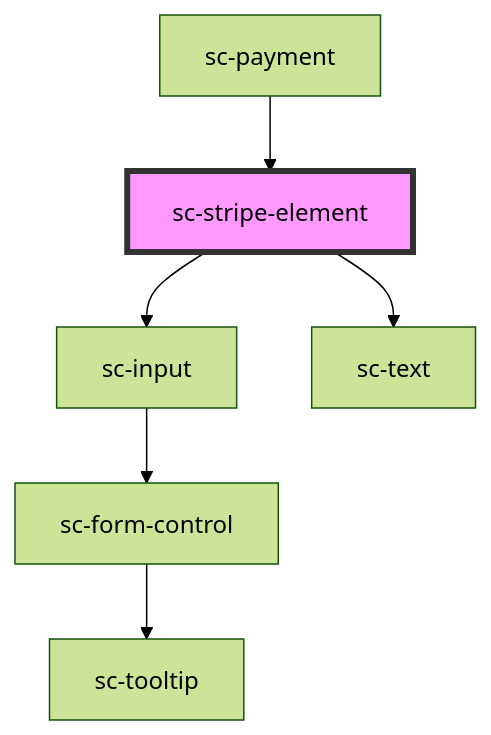
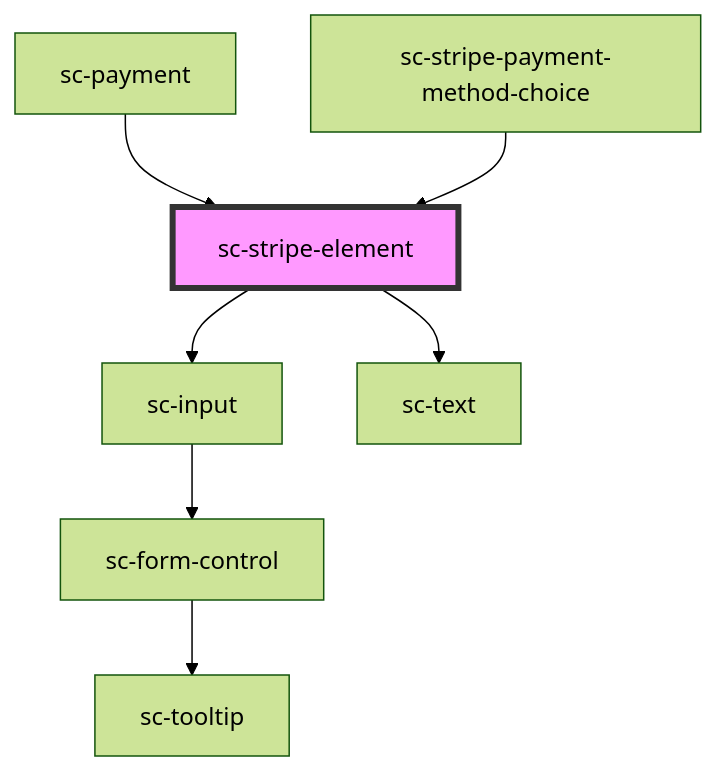
Before and after one commit to surecart/surecart-wp-plugin: the diagram in packages/components/src/components/ui/stripe-element/readme.md, drawn with Mermaid (forest theme). The commit also changed other lines of this file and 52 other files, not shown here.

````diff
--- a/packages/components/src/components/ui/stripe-element/readme.md
+++ b/packages/components/src/components/ui/stripe-element/readme.md
@@ -68,9 +69,10 @@
 ```mermaid
 graph TD;
   sc-stripe-element --> sc-input
   sc-stripe-element --> sc-text
   sc-input --> sc-form-control
   sc-form-control --> sc-tooltip
   sc-payment --> sc-stripe-element
+  sc-stripe-payment-method-choice --> sc-stripe-element
   style sc-stripe-element fill:#f9f,stroke:#333,stroke-width:4px
 ```
````
